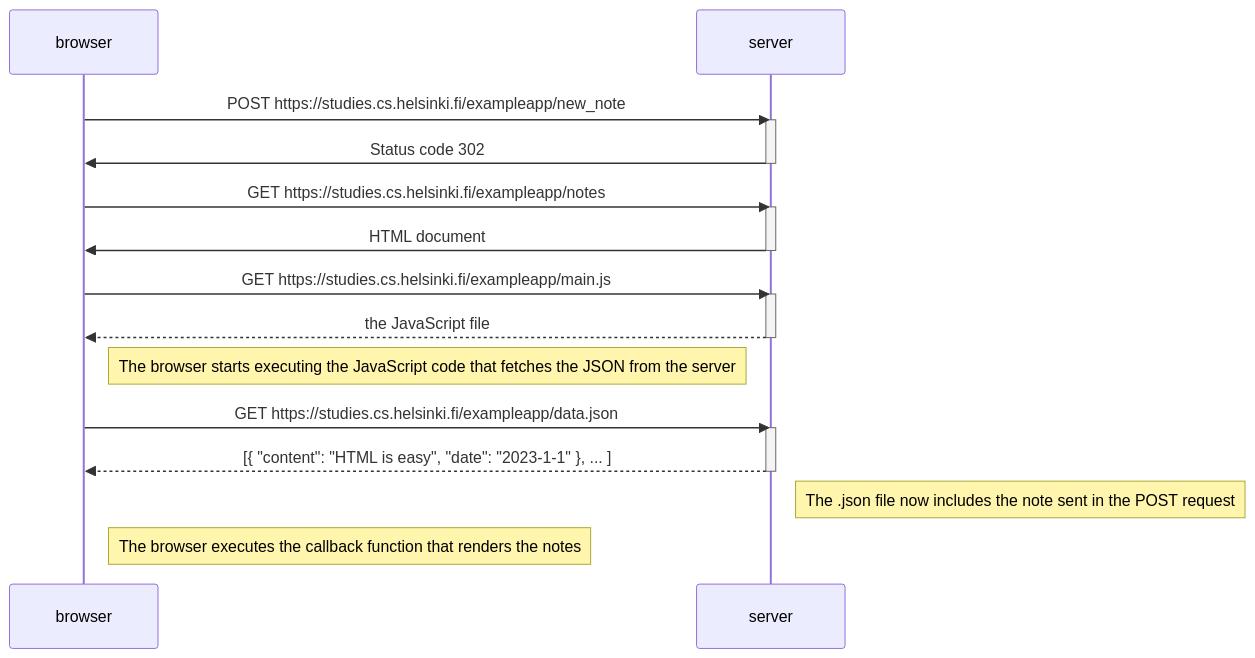
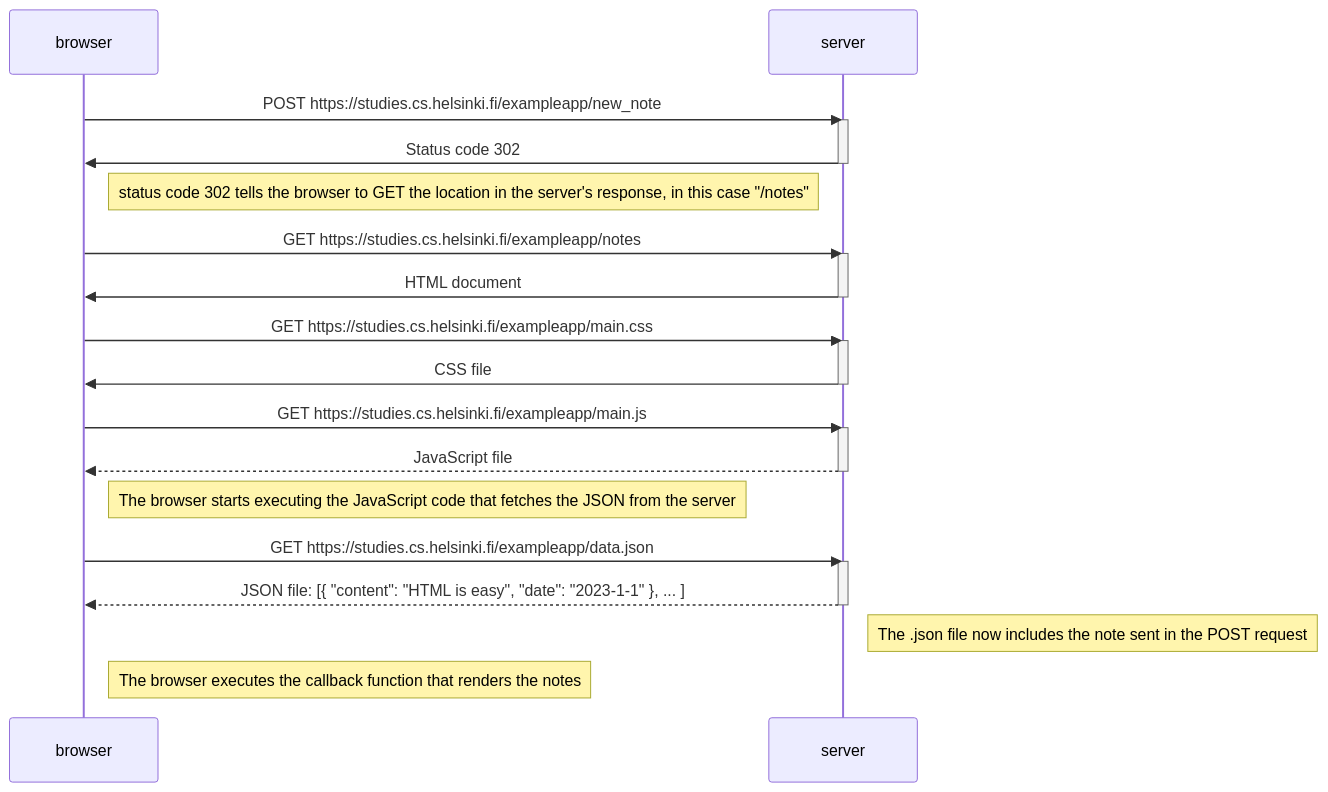
Before and after one commit to Mahmoudy96/fullstackopen-part0: the diagram in 0.4: New note diagram.md, drawn with Mermaid.

Commit message:
Update 0.4: New note diagram.md

````diff
--- a/0.4: New note diagram.md
+++ b/0.4: New note diagram.md
@@ -1,31 +1,38 @@
 ```mermaid
 sequenceDiagram
     participant browser
     participant server
 
     browser->>server: POST https://studies.cs.helsinki.fi/exampleapp/new_note
     activate server
     server->>browser: Status code 302
     deactivate server
 
+    Note right of browser: status code 302 tells the browser to GET the location in the server's response, in this case "/notes"
+
     browser->>server: GET https://studies.cs.helsinki.fi/exampleapp/notes
     activate server
     server->>browser: HTML document
     deactivate server
 
+    browser->>server: GET https://studies.cs.helsinki.fi/exampleapp/main.css
+    activate server
+    server->>browser: CSS file
+    deactivate server
+
     browser->>server: GET https://studies.cs.helsinki.fi/exampleapp/main.js
     activate server
-    server-->>browser: the JavaScript file
+    server-->>browser: JavaScript file
     deactivate server
 
     Note right of browser: The browser starts executing the JavaScript code that fetches the JSON from the server
 
     browser->>server: GET https://studies.cs.helsinki.fi/exampleapp/data.json
     activate server
-    server-->>browser: [{ "content": "HTML is easy", "date": "2023-1-1" }, ... ]
+    server-->>browser: JSON file: [{ "content": "HTML is easy", "date": "2023-1-1" }, ... ]
     deactivate server
     Note right of server: The .json file now includes the note sent in the POST request
     Note right of browser: The browser executes the callback function that renders the notes
 
 
 ```
````
